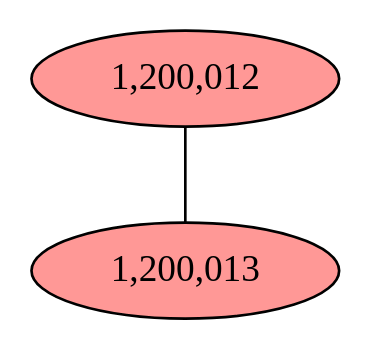
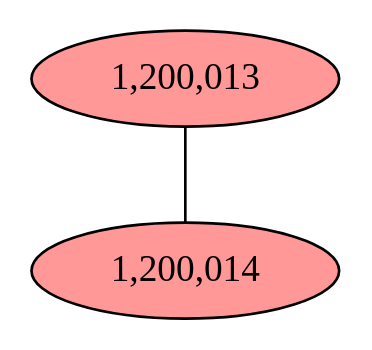
Before and after one commit to fedarko/sheepgut: the diagram in notebooks/graphs/CAMP_cc10.gv, drawn with Graphviz. The commit also changed 60 other files, not shown here.

First line of the commit message:
1-index positions in nx graphs

```diff
--- a/notebooks/graphs/CAMP_cc10.gv
+++ b/notebooks/graphs/CAMP_cc10.gv
@@ -1,7 +1,7 @@
 graph CAMP_cc10 {
 	overlap="prism50";
 	outputorder="edgesfirst";
-	"1,200,012" [style="filled", fillcolor="#ff9896", fontcolor="#000000"];
 	"1,200,013" [style="filled", fillcolor="#ff9896", fontcolor="#000000"];
-	"1,200,012" -- "1,200,013";
+	"1,200,014" [style="filled", fillcolor="#ff9896", fontcolor="#000000"];
+	"1,200,013" -- "1,200,014";
 }
```
